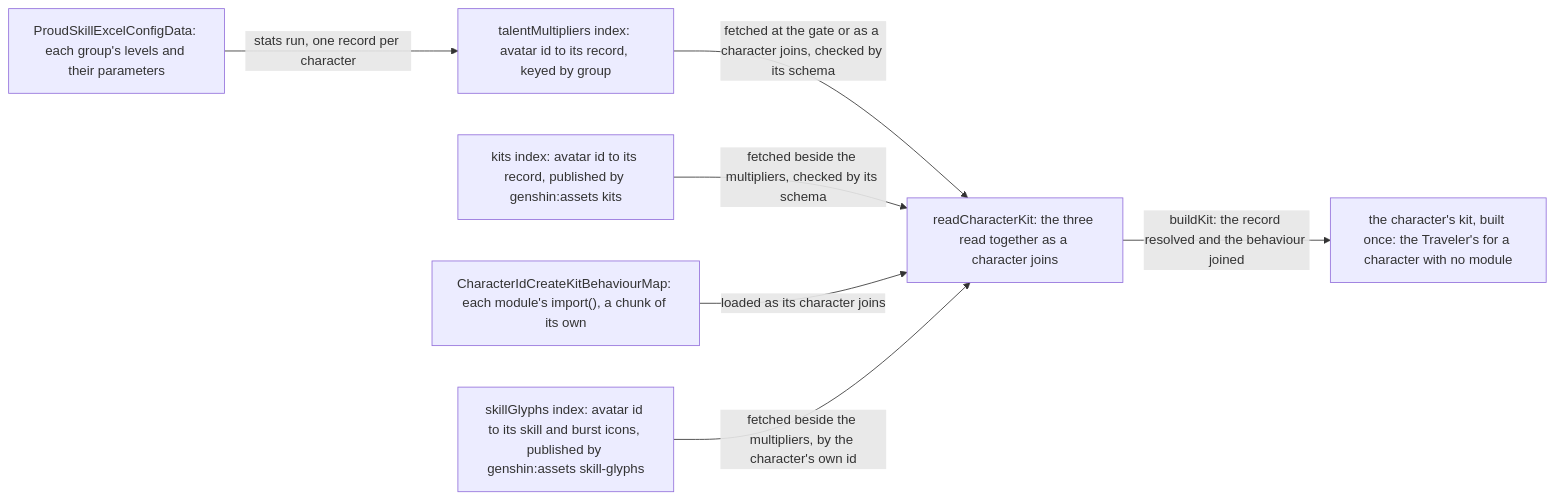
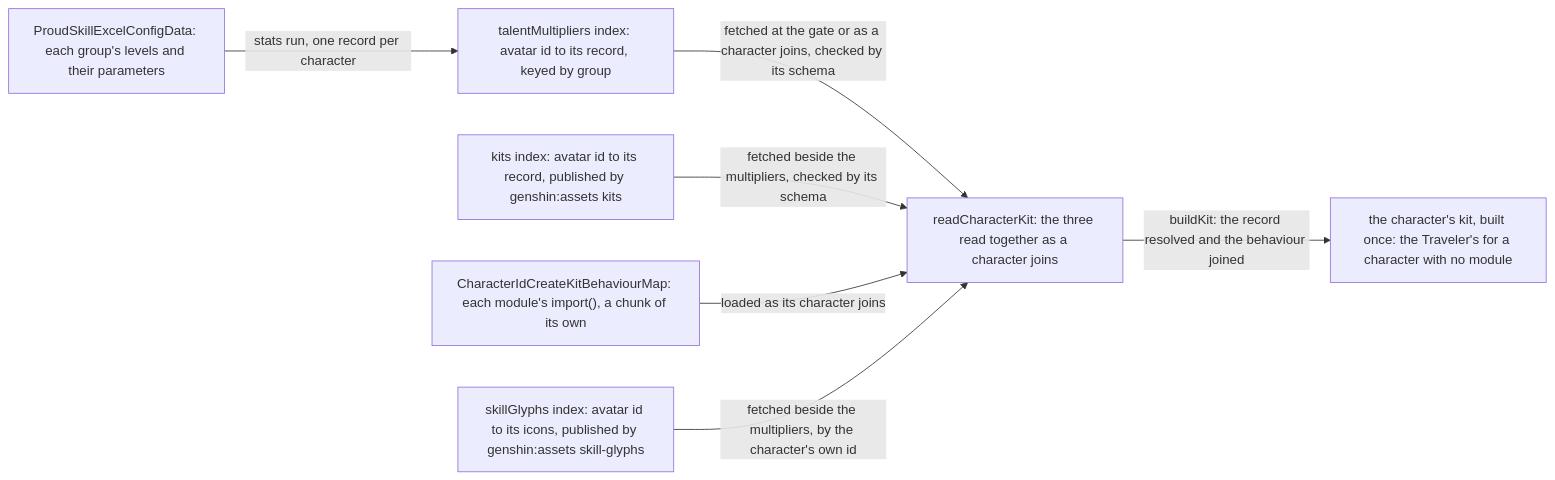
One commit to Esposter/Esposter changed the second of 5 diagrams in apps/web/content/docs/genshin/kits/index.md. Above: the diagram before and after it, drawn with Mermaid.

Commit message:
docs(genshin): the skillGlyphs diagram label names the index and one qualifier
Claude-Session: https://claude.ai/code/session_01FSjv62DsHeN22SAmX3RzMV

````diff
--- a/apps/web/content/docs/genshin/kits/index.md
+++ b/apps/web/content/docs/genshin/kits/index.md
@@ -32,9 +32,9 @@
 ```mermaid
 flowchart LR
   P["ProudSkillExcelConfigData: each group's levels and their parameters"] -->|"stats run, one record per character"| M["talentMultipliers index: avatar id to its record, keyed by group"]
   M -->|"fetched at the gate or as a character joins, checked by its schema"| R["readCharacterKit: the three read together as a character joins"]
   K["kits index: avatar id to its record, published by genshin:assets kits"] -->|"fetched beside the multipliers, checked by its schema"| R
   C["CharacterIdCreateKitBehaviourMap: each module's import(), a chunk of its own"] -->|"loaded as its character joins"| R
-  G["skillGlyphs index: avatar id to its skill and burst icons, published by genshin:assets skill-glyphs"] -->|"fetched beside the multipliers, by the character's own id"| R
+  G["skillGlyphs index: avatar id to its icons, published by genshin:assets skill-glyphs"] -->|"fetched beside the multipliers, by the character's own id"| R
   R -->|"buildKit: the record resolved and the behaviour joined"| T["the character's kit, built once: the Traveler's for a character with no module"]
 ```
````
